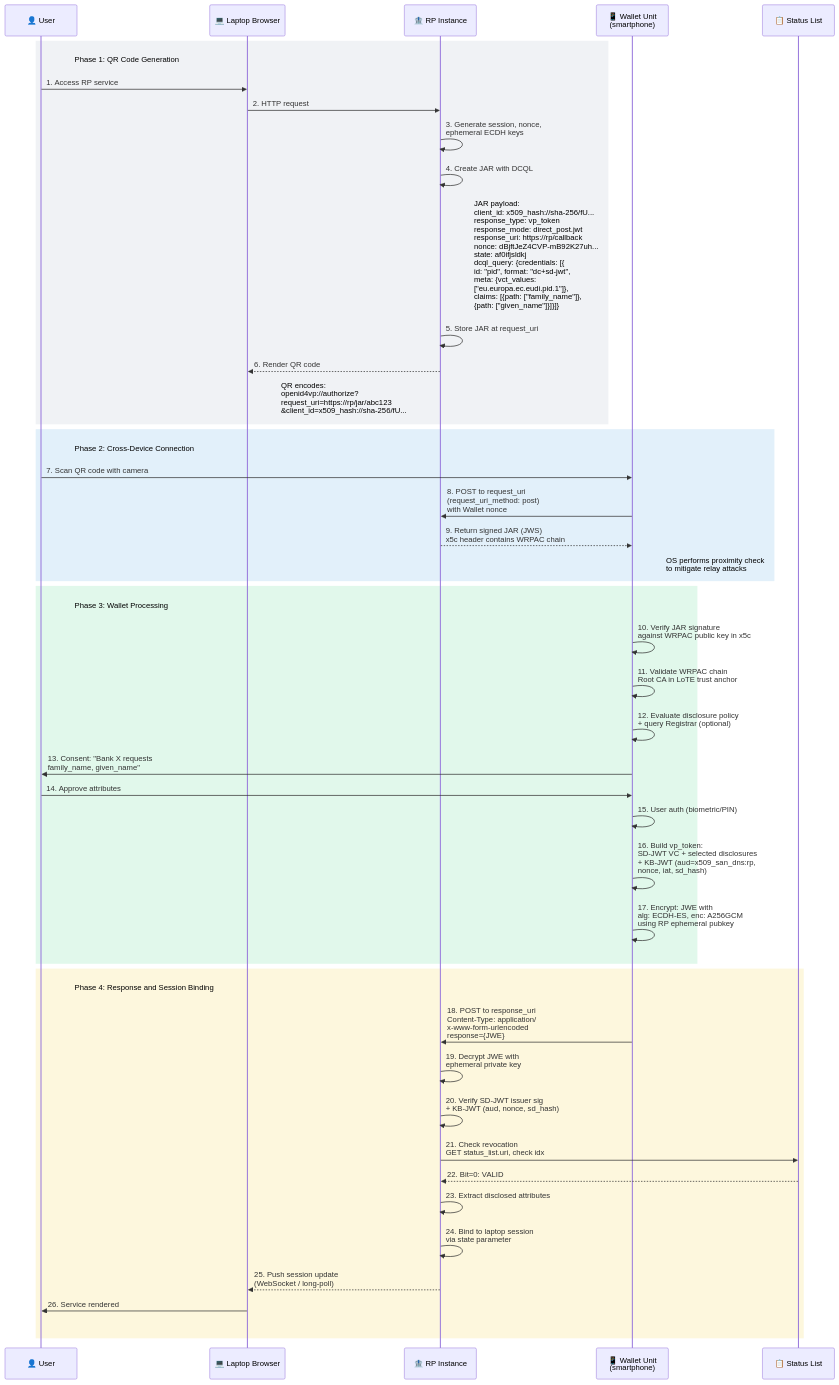
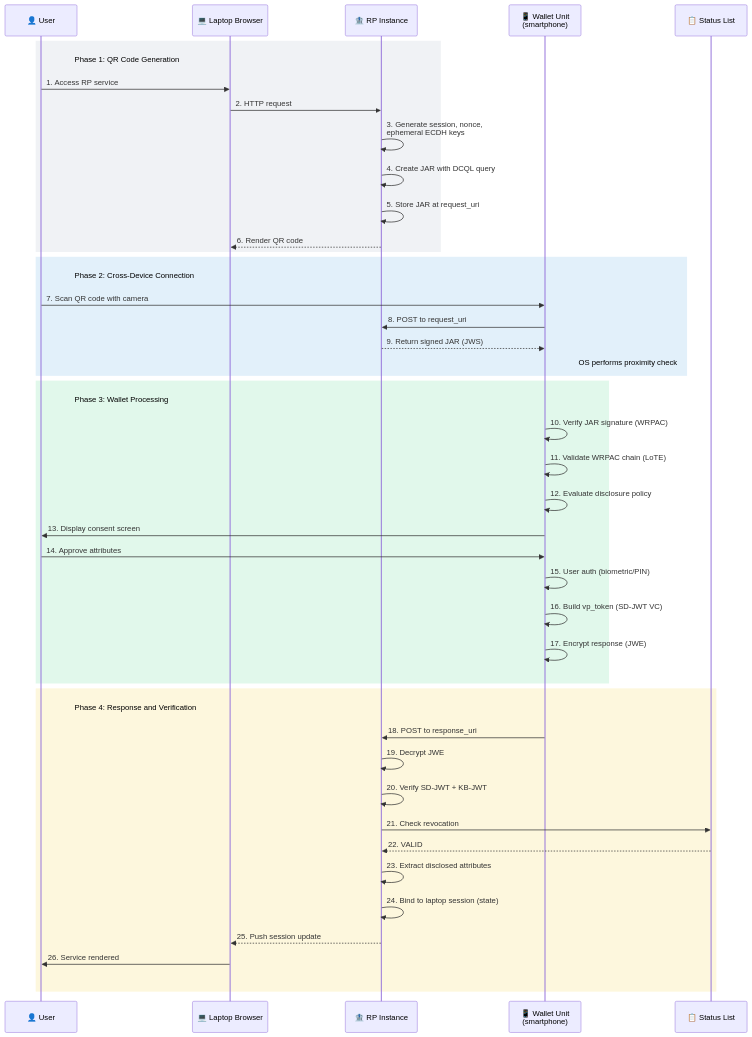
The ninth of 18 diagrams in papers/DR-0002/DR-0002-eudi-wallet-relying-party-integration.md (ivanstambuk/deep-research), drawn with Mermaid before and after one commit. The commit also changed other lines of this file, not shown here.

First line of the commit message:
DR-0002: Proper payload walkthroughs — clean diagrams + formatted code blocks

````diff
--- a/papers/DR-0002/DR-0002-eudi-wallet-relying-party-integration.md
+++ b/papers/DR-0002/DR-0002-eudi-wallet-relying-party-integration.md
@@ -1440,64 +1440,62 @@
 ```mermaid
 ---
 config:
   themeVariables:
     noteBkgColor: "transparent"
     noteBorderColor: "transparent"
   sequence:
     messageAlign: left
     noteAlign: left
     actorMargin: 120
 ---
 sequenceDiagram
     participant User as 👤 User
     participant Laptop as 💻 Laptop Browser
     participant RP as 🏦 RP Instance
     participant Phone as 📱 Wallet Unit<br/>(smartphone)
     participant SL as 📋 Status List
 
     rect rgba(148, 163, 184, 0.14)
     Note right of User: Phase 1: QR Code Generation
     User->>Laptop: 1. Access RP service
     Laptop->>RP: 2. HTTP request
     RP->>RP: 3. Generate session, nonce,<br/>ephemeral ECDH keys
-    RP->>RP: 4. Create JAR with DCQL
-    Note right of RP: JAR payload:<br/>client_id: x509_hash://sha-256/fU...<br/>response_type: vp_token<br/>response_mode: direct_post.jwt<br/>response_uri: https://rp/callback<br/>nonce: dBjftJeZ4CVP-mB92K27uh...<br/>state: af0ifjsldkj<br/>dcql_query: {credentials: [{<br/>  id: "pid", format: "dc+sd-jwt",<br/>  meta: {vct_values:<br/>    ["eu.europa.ec.eudi.pid.1"]},<br/>  claims: [{path: ["family_name"]},<br/>    {path: ["given_name"]}]}]}
+    RP->>RP: 4. Create JAR with DCQL query
     RP->>RP: 5. Store JAR at request_uri
     RP-->>Laptop: 6. Render QR code
-    Note right of Laptop: QR encodes:<br/>openid4vp://authorize?<br/>request_uri=https://rp/jar/abc123<br/>&client_id=x509_hash://sha-256/fU...
     end
 
     rect rgba(52, 152, 219, 0.14)
     Note right of User: Phase 2: Cross-Device Connection
     User->>Phone: 7. Scan QR code with camera
-    Phone->>RP: 8. POST to request_uri<br/>(request_uri_method: post)<br/>with Wallet nonce
-    RP-->>Phone: 9. Return signed JAR (JWS)<br/>x5c header contains WRPAC chain
-    Note right of Phone: OS performs proximity check<br/>to mitigate relay attacks
+    Phone->>RP: 8. POST to request_uri
+    RP-->>Phone: 9. Return signed JAR (JWS)
+    Note right of Phone: OS performs proximity check
     end
 
     rect rgba(46, 204, 113, 0.14)
     Note right of User: Phase 3: Wallet Processing
-    Phone->>Phone: 10. Verify JAR signature<br/>against WRPAC public key in x5c
-    Phone->>Phone: 11. Validate WRPAC chain<br/>Root CA in LoTE trust anchor
-    Phone->>Phone: 12. Evaluate disclosure policy<br/>+ query Registrar (optional)
-    Phone->>User: 13. Consent: "Bank X requests<br/>family_name, given_name"
+    Phone->>Phone: 10. Verify JAR signature (WRPAC)
+    Phone->>Phone: 11. Validate WRPAC chain (LoTE)
+    Phone->>Phone: 12. Evaluate disclosure policy
+    Phone->>User: 13. Display consent screen
     User->>Phone: 14. Approve attributes
     Phone->>Phone: 15. User auth (biometric/PIN)
-    Phone->>Phone: 16. Build vp_token:<br/>SD-JWT VC + selected disclosures<br/>+ KB-JWT (aud=x509_san_dns:rp,<br/>nonce, iat, sd_hash)
-    Phone->>Phone: 17. Encrypt: JWE with<br/>alg: ECDH-ES, enc: A256GCM<br/>using RP ephemeral pubkey
+    Phone->>Phone: 16. Build vp_token (SD-JWT VC)
+    Phone->>Phone: 17. Encrypt response (JWE)
     end
 
     rect rgba(241, 196, 15, 0.14)
-    Note right of User: Phase 4: Response and Session Binding
-    Phone->>RP: 18. POST to response_uri<br/>Content-Type: application/<br/>x-www-form-urlencoded<br/>response={JWE}
-    RP->>RP: 19. Decrypt JWE with<br/>ephemeral private key
-    RP->>RP: 20. Verify SD-JWT issuer sig<br/>+ KB-JWT (aud, nonce, sd_hash)
-    RP->>SL: 21. Check revocation<br/>GET status_list.uri, check idx
-    SL-->>RP: 22. Bit=0: VALID
+    Note right of User: Phase 4: Response and Verification
+    Phone->>RP: 18. POST to response_uri
+    RP->>RP: 19. Decrypt JWE
+    RP->>RP: 20. Verify SD-JWT + KB-JWT
+    RP->>SL: 21. Check revocation
+    SL-->>RP: 22. VALID
     RP->>RP: 23. Extract disclosed attributes
-    RP->>RP: 24. Bind to laptop session<br/>via state parameter
-    RP-->>Laptop: 25. Push session update<br/>(WebSocket / long-poll)
+    RP->>RP: 24. Bind to laptop session (state)
+    RP-->>Laptop: 25. Push session update
     Laptop->>User: 26. Service rendered
     Note right of RP: ⠀
     end
 ```
````
